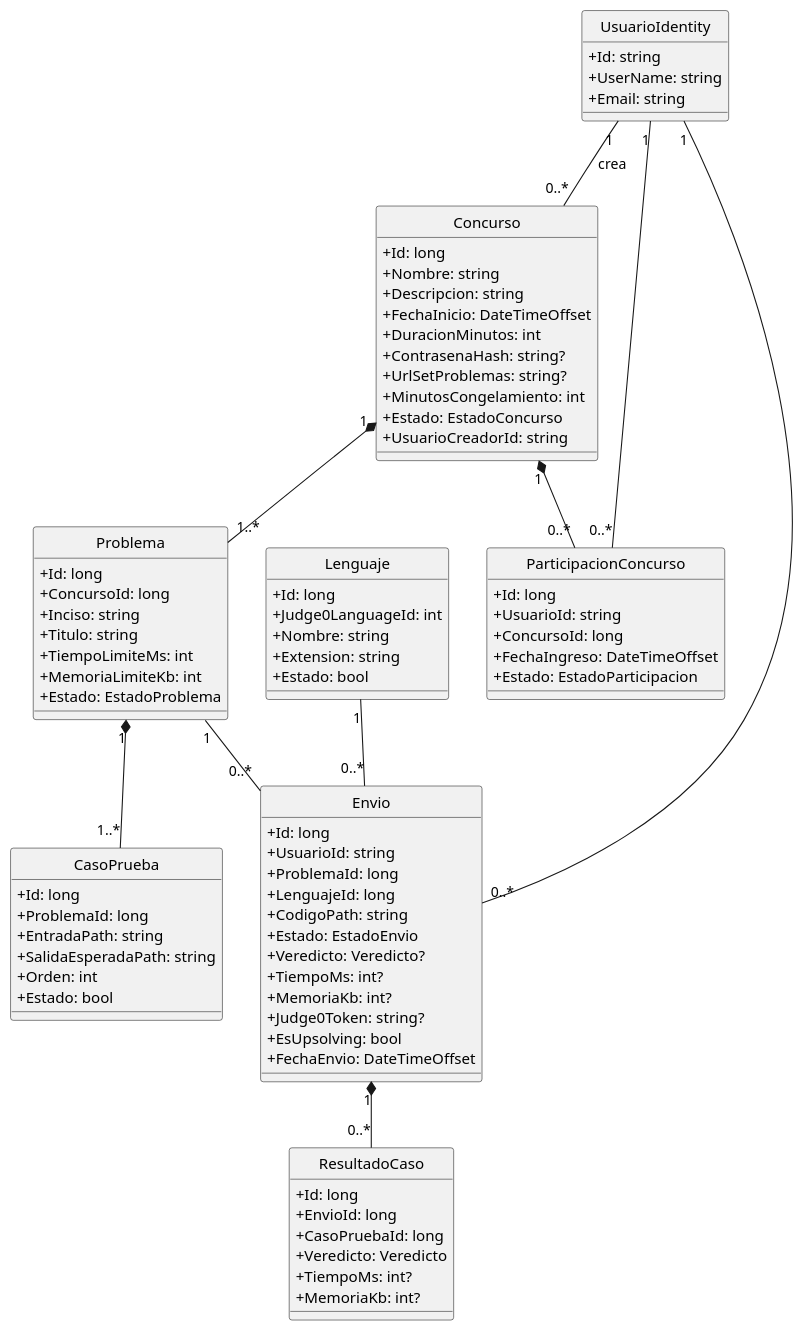
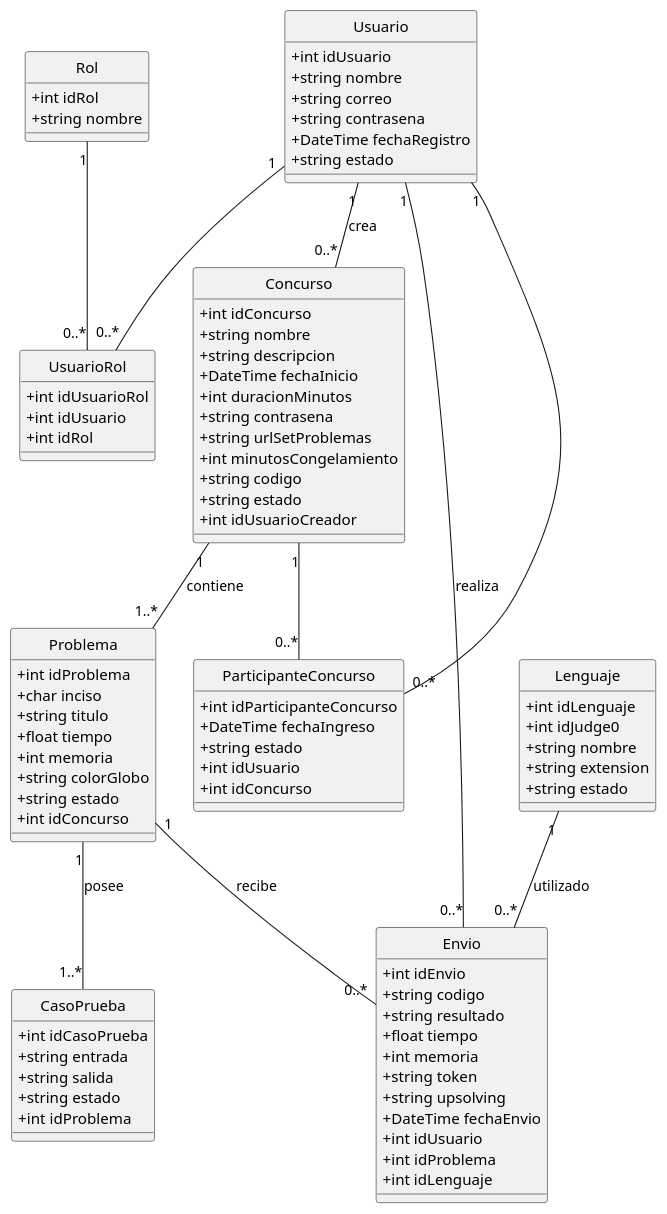
One commit to Alex-Fernandez-2003/UPDS-JUDGE-FRONT changed the diagram in docs/puml/diagrama-clases.puml. Above: the diagram before and after it, drawn with PlantUML. The commit also changed 17 other files, not shown here.

```diff
--- a/docs/puml/diagrama-clases.puml
+++ b/docs/puml/diagrama-clases.puml
@@ -1,83 +1,112 @@
 @startuml
 hide circle
 skinparam classAttributeIconSize 0
+
+class Usuario {
+    +int idUsuario
+    +string nombre
+    +string correo
+    +string contrasena
+    +DateTime fechaRegistro
+    +string estado
+}
+
+class Rol {
+    +int idRol
+    +string nombre
+}
+
+class UsuarioRol {
+    +int idUsuarioRol
+    +int idUsuario
+    +int idRol
+}
+
 class Concurso {
-  +Id: long
-  +Nombre: string
-  +Descripcion: string
-  +FechaInicio: DateTimeOffset
-  +DuracionMinutos: int
-  +ContrasenaHash: string?
-  +UrlSetProblemas: string?
-  +MinutosCongelamiento: int
-  +Estado: EstadoConcurso
-  +UsuarioCreadorId: string
+    +int idConcurso
+    +string nombre
+    +string descripcion
+    +DateTime fechaInicio
+    +int duracionMinutos
+    +string contrasena
+    +string urlSetProblemas
+    +int minutosCongelamiento
+    +string codigo
+    +string estado
+    +int idUsuarioCreador
 }
+
 class Problema {
-  +Id: long
-  +ConcursoId: long
-  +Inciso: string
-  +Titulo: string
-  +TiempoLimiteMs: int
-  +MemoriaLimiteKb: int
-  +Estado: EstadoProblema
+    +int idProblema
+    +char inciso
+    +string titulo
+    +float tiempo
+    +int memoria
+    +string colorGlobo
+    +string estado
+    +int idConcurso
 }
+
 class CasoPrueba {
-  +Id: long
-  +ProblemaId: long
-  +EntradaPath: string
-  +SalidaEsperadaPath: string
-  +Orden: int
-  +Estado: bool
+    +int idCasoPrueba
+    +string entrada
+    +string salida
+    +string estado
+    +int idProblema
 }
+
 class Lenguaje {
-  +Id: long
-  +Judge0LanguageId: int
-  +Nombre: string
-  +Extension: string
-  +Estado: bool
+    +int idLenguaje
+    +int idJudge0
+    +string nombre
+    +string extension
+    +string estado
 }
-class ParticipacionConcurso {
-  +Id: long
-  +UsuarioId: string
-  +ConcursoId: long
-  +FechaIngreso: DateTimeOffset
-  +Estado: EstadoParticipacion
+
+class Envio {
+    +int idEnvio
+    +string codigo
+    +string resultado
+    +float tiempo
+    +int memoria
+    +string token
+    +string upsolving
+    +DateTime fechaEnvio
+    +int idUsuario
+    +int idProblema
+    +int idLenguaje
 }
-class Envio {
-  +Id: long
-  +UsuarioId: string
-  +ProblemaId: long
-  +LenguajeId: long
-  +CodigoPath: string
-  +Estado: EstadoEnvio
-  +Veredicto: Veredicto?
-  +TiempoMs: int?
-  +MemoriaKb: int?
-  +Judge0Token: string?
-  +EsUpsolving: bool
-  +FechaEnvio: DateTimeOffset
+
+class ParticipanteConcurso {
+    +int idParticipanteConcurso
+    +DateTime fechaIngreso
+    +string estado
+    +int idUsuario
+    +int idConcurso
 }
-class ResultadoCaso {
-  +Id: long
-  +EnvioId: long
-  +CasoPruebaId: long
-  +Veredicto: Veredicto
-  +TiempoMs: int?
-  +MemoriaKb: int?
-}
-class UsuarioIdentity {
-  +Id: string
-  +UserName: string
-  +Email: string
-}
-UsuarioIdentity "1" -- "0..*" Concurso : crea
-UsuarioIdentity "1" -- "0..*" ParticipacionConcurso
-Concurso "1" *-- "1..*" Problema
-Concurso "1" *-- "0..*" ParticipacionConcurso
-Problema "1" *-- "1..*" CasoPrueba
-UsuarioIdentity "1" -- "0..*" Envio
-Problema "1" -- "0..*" Envio
-Lenguaje "1" -- "0..*" Envio
-Envio "1" *-- "0..*" ResultadoCaso
+
+'=========================
+' Relaciones
+'=========================
+
+Usuario "1" -- "0..*" Concurso : crea
+
+Concurso "1" -- "1..*" Problema : contiene
+
+Problema "1" -- "1..*" CasoPrueba : posee
+
+Usuario "1" -- "0..*" Envio : realiza
+
+Problema "1" -- "0..*" Envio : recibe
+
+Lenguaje "1" -- "0..*" Envio : utilizado
+
+Usuario "1" -- "0..*" ParticipanteConcurso
+
+Concurso "1" -- "0..*" ParticipanteConcurso
+
+Usuario "1" -- "0..*" UsuarioRol
+
+Rol "1" -- "0..*" UsuarioRol
+
 @enduml
```
